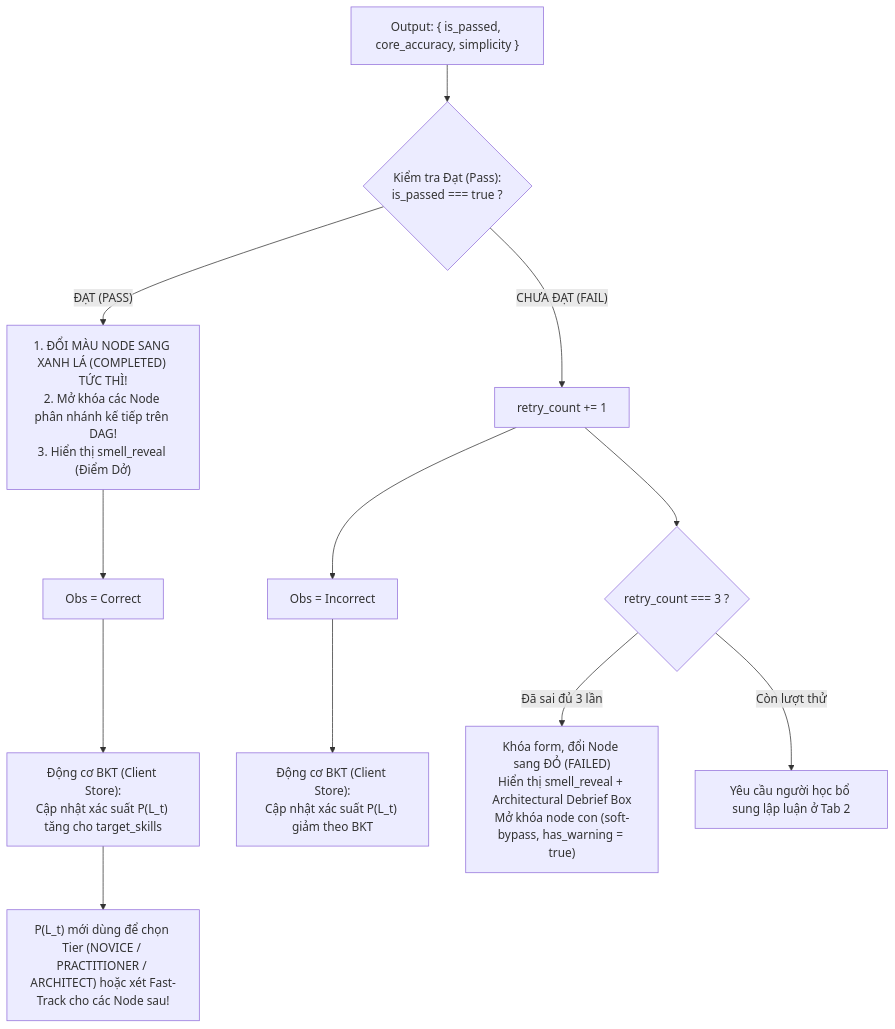
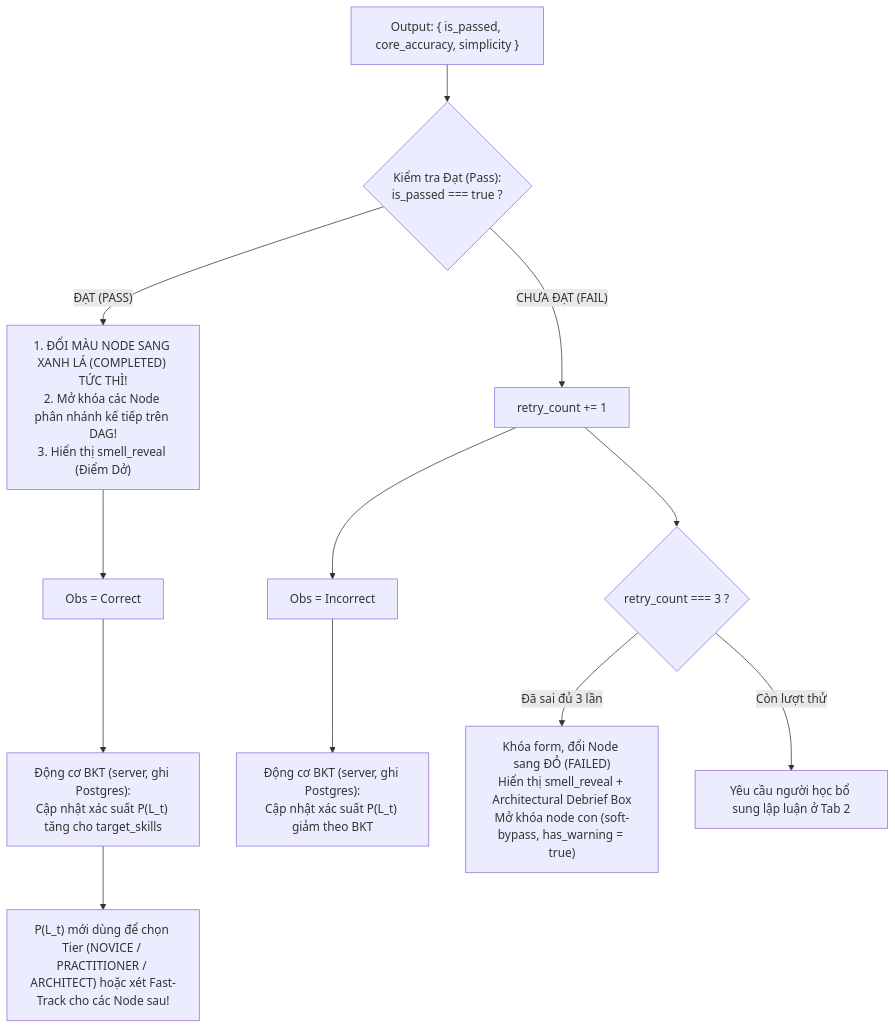
The second of 2 diagrams in 02_AI_VA_BAYES/01_LLM_PIPELINE_GUARDRAIL.md (huynhthanhnhannnh-pixel/Hackathon_SGU), drawn with Mermaid before and after one commit. The commit also changed other lines of this file and 15 other files, not shown here.

````diff
--- a/02_AI_VA_BAYES/01_LLM_PIPELINE_GUARDRAIL.md
+++ b/02_AI_VA_BAYES/01_LLM_PIPELINE_GUARDRAIL.md
@@ -322,16 +322,16 @@
 ```mermaid
 flowchart TD
     AIOut["Output: { is_passed, core_accuracy, simplicity }"] --> CheckPass{"Kiểm tra Đạt (Pass):<br/>is_passed === true ?"}
     
     CheckPass -- "ĐẠT (PASS)" --> PassAction["1. ĐỔI MÀU NODE SANG XANH LÁ (COMPLETED) TỨC THÌ!<br/>2. Mở khóa các Node phân nhánh kế tiếp trên DAG!<br/>3. Hiển thị smell_reveal (Điểm Dở)"]
     PassAction --> ObsCorrect["Obs = Correct"]
-    ObsCorrect --> BKT["Động cơ BKT (Client Store):<br/>Cập nhật xác suất P(L_t) tăng cho target_skills"]
+    ObsCorrect --> BKT["Động cơ BKT (server, ghi Postgres):<br/>Cập nhật xác suất P(L_t) tăng cho target_skills"]
     BKT --> ReadyNext["P(L_t) mới dùng để chọn Tier (NOVICE / PRACTITIONER / ARCHITECT) hoặc xét Fast-Track cho các Node sau!"]
 
     CheckPass -- "CHƯA ĐẠT (FAIL)" --> FailAction["retry_count += 1"]
     FailAction --> ObsIncorrect["Obs = Incorrect"]
-    ObsIncorrect --> BKTFail["Động cơ BKT (Client Store):<br/>Cập nhật xác suất P(L_t) giảm theo BKT"]
+    ObsIncorrect --> BKTFail["Động cơ BKT (server, ghi Postgres):<br/>Cập nhật xác suất P(L_t) giảm theo BKT"]
     FailAction --> CheckRetry{"retry_count === 3 ?"}
     CheckRetry -- "Đã sai đủ 3 lần" --> RedNode["Khóa form, đổi Node sang ĐỎ (FAILED)<br/>Hiển thị smell_reveal + Architectural Debrief Box<br/>Mở khóa node con (soft-bypass, has_warning = true)"]
     CheckRetry -- "Còn lượt thử" --> RetryUI["Yêu cầu người học bổ sung lập luận ở Tab 2"]
 ```
````
